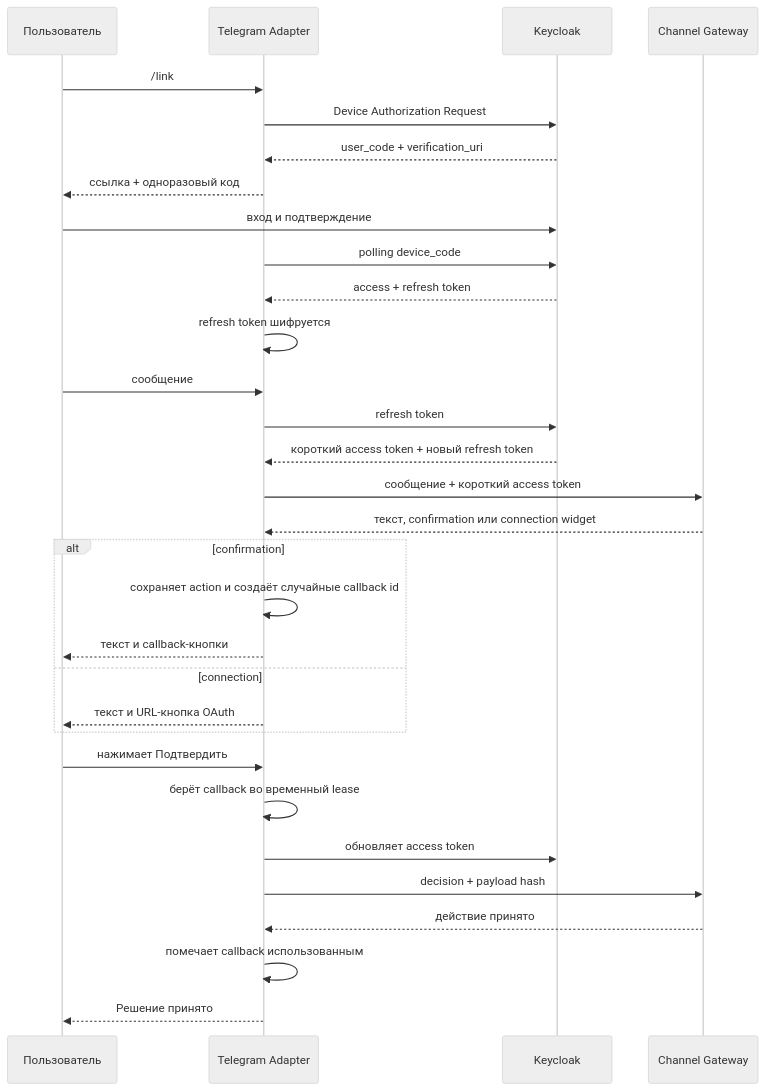
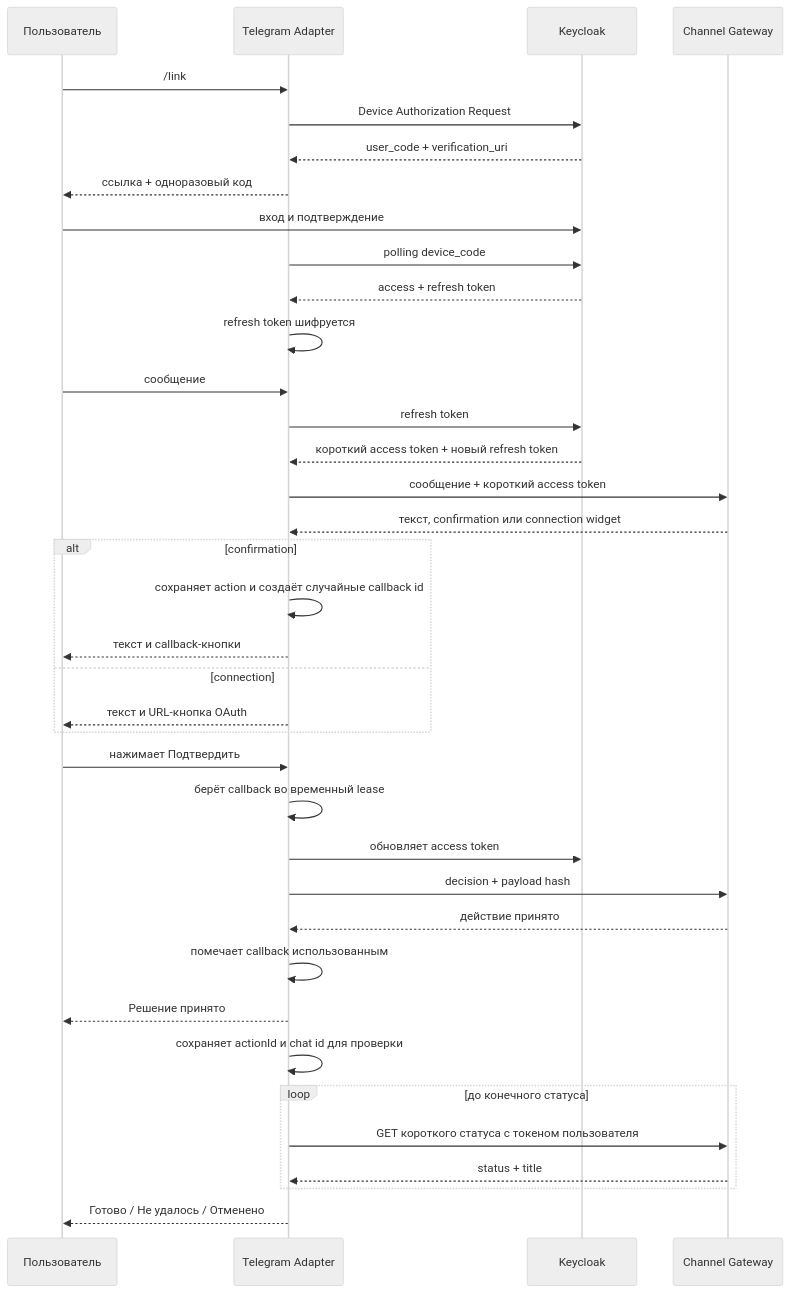
The diagram in docs/architecture.md (portable-agent/telegram-adapter), drawn with Mermaid (neutral theme) before and after one commit. The commit also changed other lines of this file and 22 other files, not shown here.

````diff
--- a/docs/architecture.md
+++ b/docs/architecture.md
@@ -3,34 +3,40 @@
 ```mermaid
 sequenceDiagram
     participant User as Пользователь
     participant Bot as Telegram Adapter
     participant Id as Keycloak
     participant Edge as Channel Gateway
 
     User->>Bot: /link
     Bot->>Id: Device Authorization Request
     Id-->>Bot: user_code + verification_uri
     Bot-->>User: ссылка + одноразовый код
     User->>Id: вход и подтверждение
     Bot->>Id: polling device_code
     Id-->>Bot: access + refresh token
     Bot->>Bot: refresh token шифруется
     User->>Bot: сообщение
     Bot->>Id: refresh token
     Id-->>Bot: короткий access token + новый refresh token
     Bot->>Edge: сообщение + короткий access token
     Edge-->>Bot: текст, confirmation или connection widget
     alt confirmation
         Bot->>Bot: сохраняет action и создаёт случайные callback id
         Bot-->>User: текст и callback-кнопки
     else connection
         Bot-->>User: текст и URL-кнопка OAuth
     end
     User->>Bot: нажимает Подтвердить
     Bot->>Bot: берёт callback во временный lease
     Bot->>Id: обновляет access token
     Bot->>Edge: decision + payload hash
     Edge-->>Bot: действие принято
     Bot->>Bot: помечает callback использованным
     Bot-->>User: Решение принято
+    Bot->>Bot: сохраняет actionId и chat id для проверки
+    loop до конечного статуса
+        Bot->>Edge: GET короткого статуса с токеном пользователя
+        Edge-->>Bot: status + title
+    end
+    Bot-->>User: Готово / Не удалось / Отменено
 ```
````
